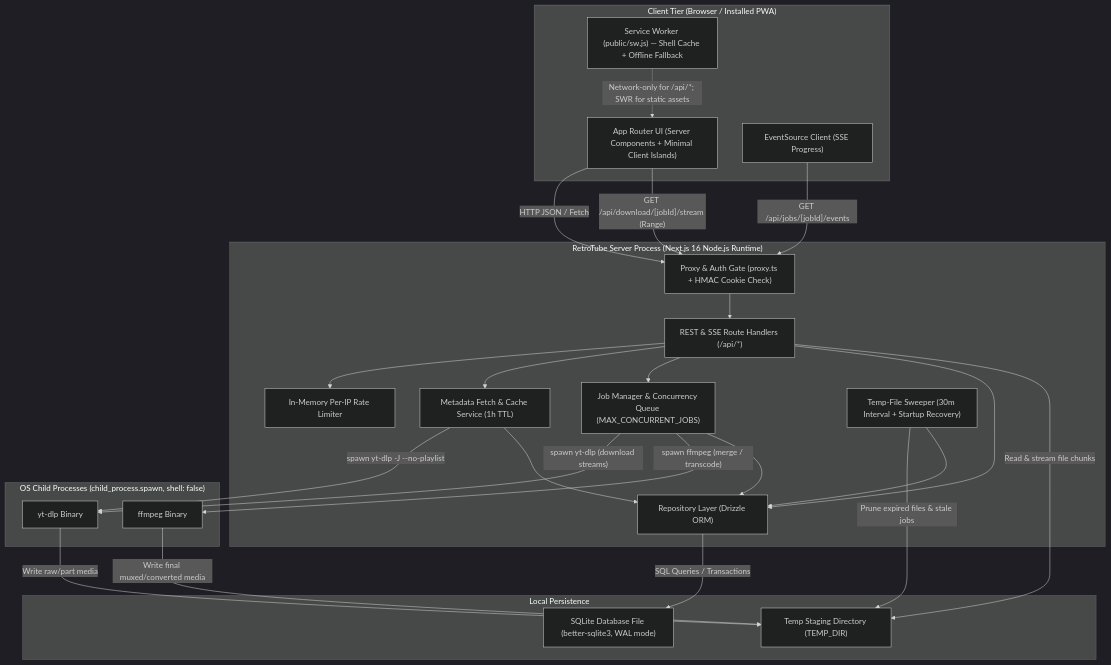
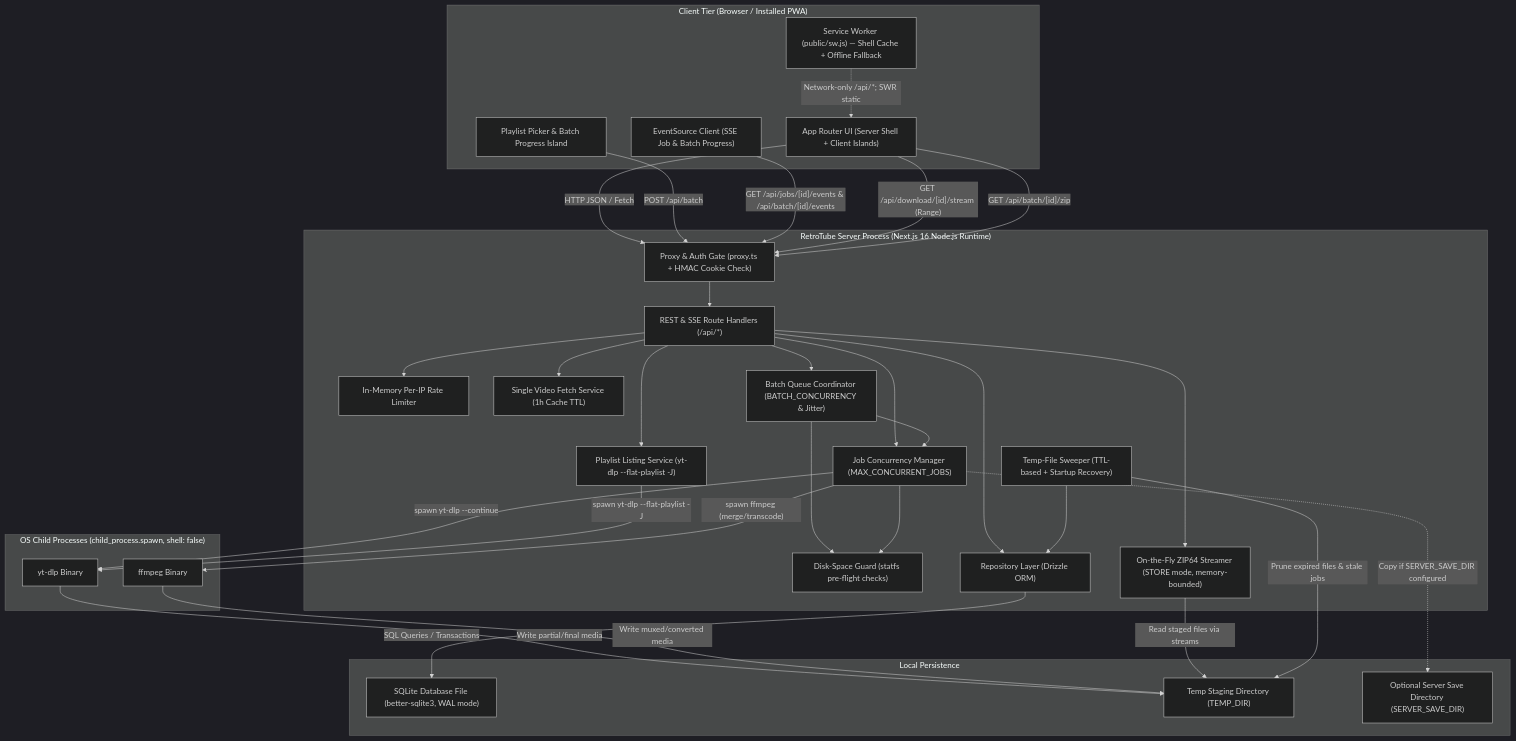
Before and after one commit to ensachin5/RetroTube: the second of 5 diagrams in docs/HLD.md, drawn with Mermaid (dark theme). The commit also changed other lines of this file and 61 other files, not shown here.

````diff
--- a/docs/HLD.md
+++ b/docs/HLD.md
@@ -36,52 +38,65 @@
 ```mermaid
 flowchart TB
     subgraph Client["Client Tier (Browser / Installed PWA)"]
-        UI["App Router UI (Server Components + Minimal Client Islands)"]
+        UI["App Router UI (Server Shell + Client Islands)"]
+        PlaylistUI["Playlist Picker & Batch Progress Island"]
         SW["Service Worker (public/sw.js) — Shell Cache + Offline Fallback"]
-        SSEClient["EventSource Client (SSE Progress)"]
+        SSEClient["EventSource Client (SSE Job & Batch Progress)"]
     end
 
     subgraph Server["RetroTube Server Process (Next.js 16 Node.js Runtime)"]
         ProxyGate["Proxy & Auth Gate (proxy.ts + HMAC Cookie Check)"]
         RouteHandlers["REST & SSE Route Handlers (/api/*)"]
         RateLimiter["In-Memory Per-IP Rate Limiter"]
-        FetchSvc["Metadata Fetch & Cache Service (1h TTL)"]
-        JobQueue["Job Manager & Concurrency Queue (MAX_CONCURRENT_JOBS)"]
-        Sweeper["Temp-File Sweeper (30m Interval + Startup Recovery)"]
+        FetchSvc["Single Video Fetch Service (1h Cache TTL)"]
+        PlaylistSvc["Playlist Listing Service (yt-dlp --flat-playlist -J)"]
+        BatchQueue["Batch Queue Coordinator (BATCH_CONCURRENCY & Jitter)"]
+        JobQueue["Job Concurrency Manager (MAX_CONCURRENT_JOBS)"]
+        DiskGuard["Disk-Space Guard (statfs pre-flight checks)"]
+        ZipStreamer["On-the-Fly ZIP64 Streamer (STORE mode, memory-bounded)"]
+        Sweeper["Temp-File Sweeper (TTL-based + Startup Recovery)"]
         RepoLayer["Repository Layer (Drizzle ORM)"]
     end
 
     subgraph Workers["OS Child Processes (child_process.spawn, shell: false)"]
         YtDlp["yt-dlp Binary"]
         Ffmpeg["ffmpeg Binary"]
     end
 
     subgraph Persistence["Local Persistence"]
         SQLite["SQLite Database File (better-sqlite3, WAL mode)"]
         TempDir["Temp Staging Directory (TEMP_DIR)"]
+        ServerSave["Optional Server Save Directory (SERVER_SAVE_DIR)"]
     end
 
     UI -->|"HTTP JSON / Fetch"| ProxyGate
-    SSEClient -->|"GET /api/jobs/[jobId]/events"| ProxyGate
-    UI -->|"GET /api/download/[jobId]/stream (Range)"| ProxyGate
-    SW -.->|"Network-only for /api/*; SWR for static assets"| UI
+    PlaylistUI -->|"POST /api/batch"| ProxyGate
+    SSEClient -->|"GET /api/jobs/[id]/events & /api/batch/[id]/events"| ProxyGate
+    UI -->|"GET /api/download/[id]/stream (Range)"| ProxyGate
+    UI -->|"GET /api/batch/[id]/zip"| ProxyGate
+    SW -.->|"Network-only /api/*; SWR static"| UI
 
     ProxyGate --> RouteHandlers
     RouteHandlers --> RateLimiter
     RouteHandlers --> FetchSvc
+    RouteHandlers --> PlaylistSvc
+    RouteHandlers --> BatchQueue
     RouteHandlers --> JobQueue
+    RouteHandlers --> ZipStreamer
     RouteHandlers --> RepoLayer
 
-    FetchSvc -->|"spawn yt-dlp -J --no-playlist"| YtDlp
-    FetchSvc --> RepoLayer
-    JobQueue -->|"spawn yt-dlp (download streams)"| YtDlp
-    JobQueue -->|"spawn ffmpeg (merge / transcode)"| Ffmpeg
-    JobQueue --> RepoLayer
+    BatchQueue --> DiskGuard
+    JobQueue --> DiskGuard
+    BatchQueue --> JobQueue
+    JobQueue -->|"spawn yt-dlp --continue"| YtDlp
+    JobQueue -->|"spawn ffmpeg (merge/transcode)"| Ffmpeg
+    PlaylistSvc -->|"spawn yt-dlp --flat-playlist -J"| YtDlp
 
-    YtDlp -->|"Write raw/part media"| TempDir
-    Ffmpeg -->|"Write final muxed/converted media"| TempDir
-    RouteHandlers -->|"Read & stream file chunks"| TempDir
+    YtDlp -->|"Write partial/final media"| TempDir
+    Ffmpeg -->|"Write muxed/converted media"| TempDir
+    ZipStreamer -->|"Read staged files via streams"| TempDir
+    JobQueue -.->|"Copy if SERVER_SAVE_DIR configured"| ServerSave
     Sweeper -->|"Prune expired files & stale jobs"| TempDir
     Sweeper --> RepoLayer
     RepoLayer -->|"SQL Queries / Transactions"| SQLite
 ```
````
